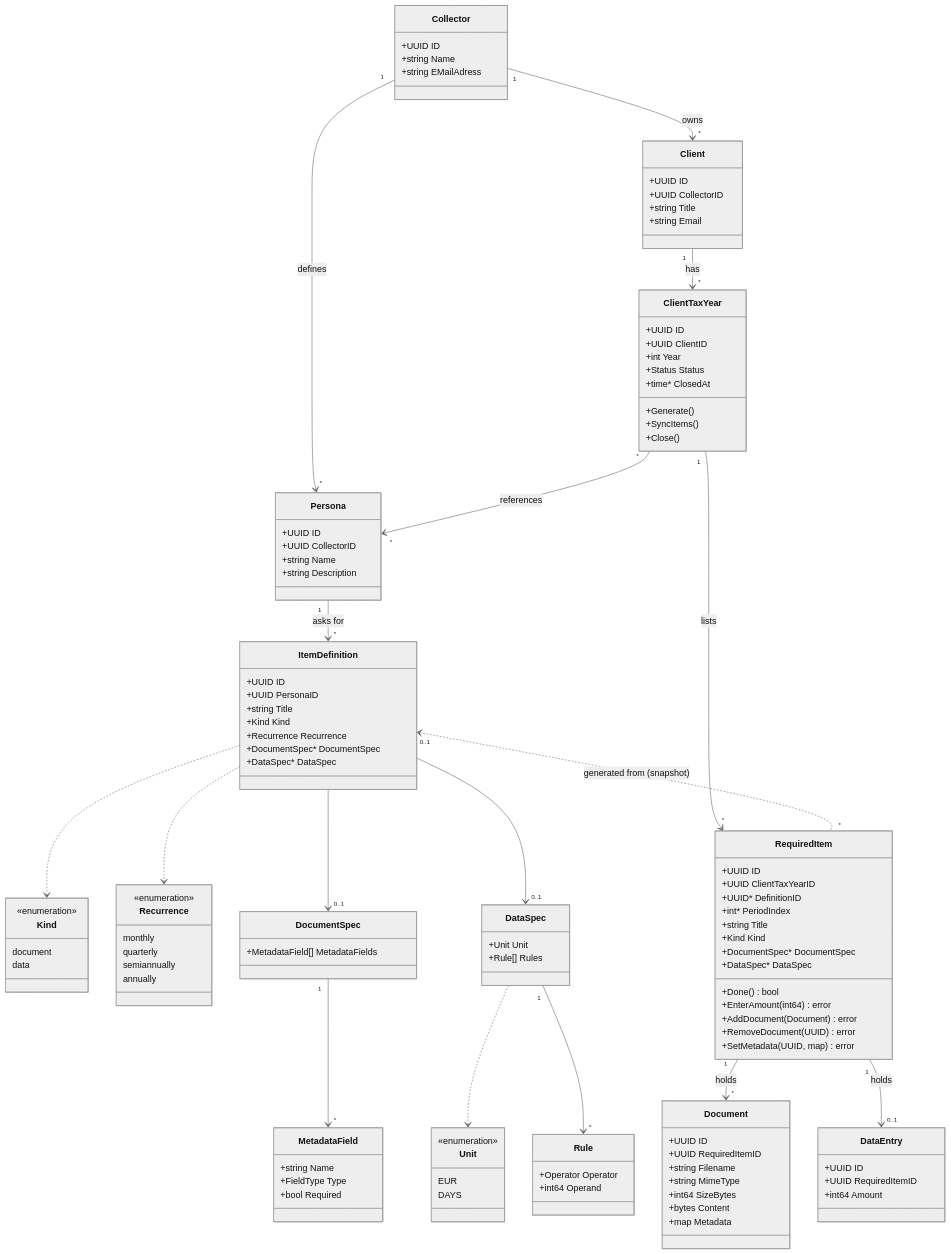
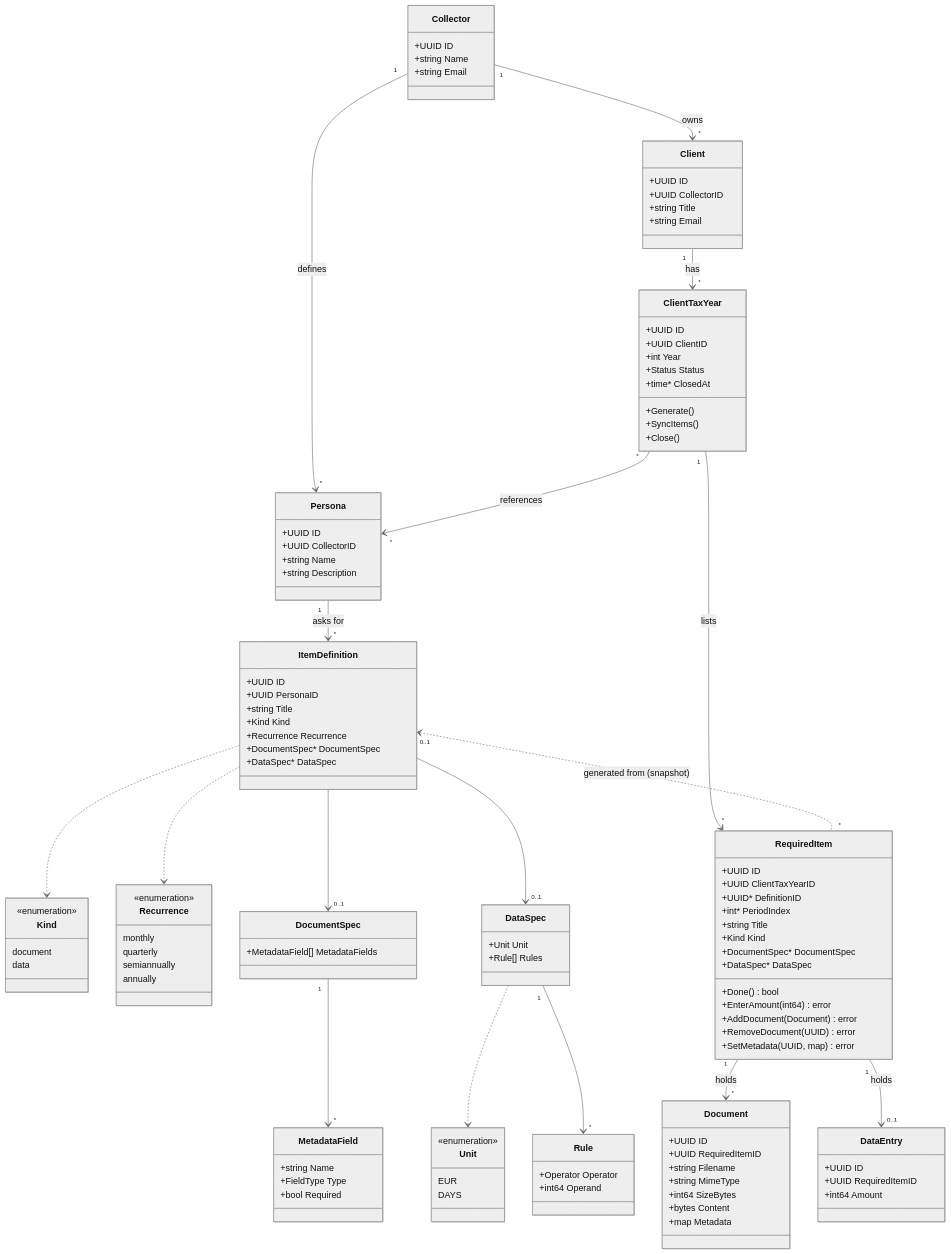
Before and after one commit to TimoSto/tax-return-organizer: the diagram in README.md, drawn with Mermaid (neutral theme). The commit also changed 24 other files, not shown here.

First line of the commit message:
refactor(backend): tighten hexagonal architectur (#13)

```diff
--- a/README.md
+++ b/README.md
@@ -81,7 +81,7 @@
     class Collector {
         +UUID ID
         +string Name
-        +string EMailAdress
+        +string Email
     }
 
     class Client {
```
